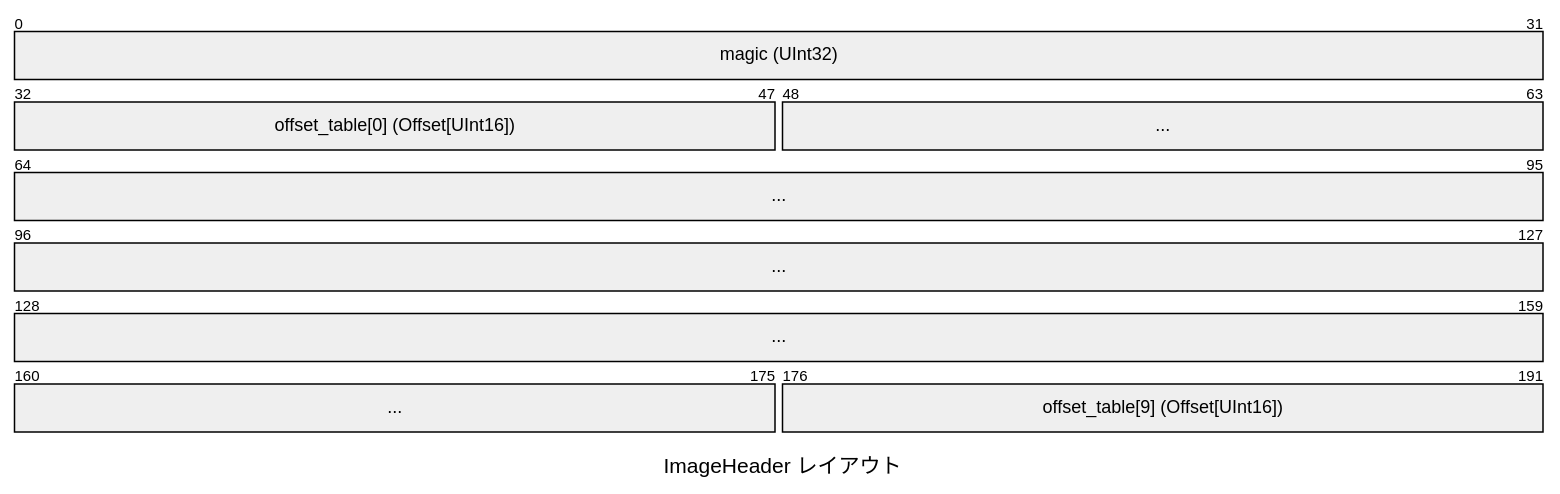
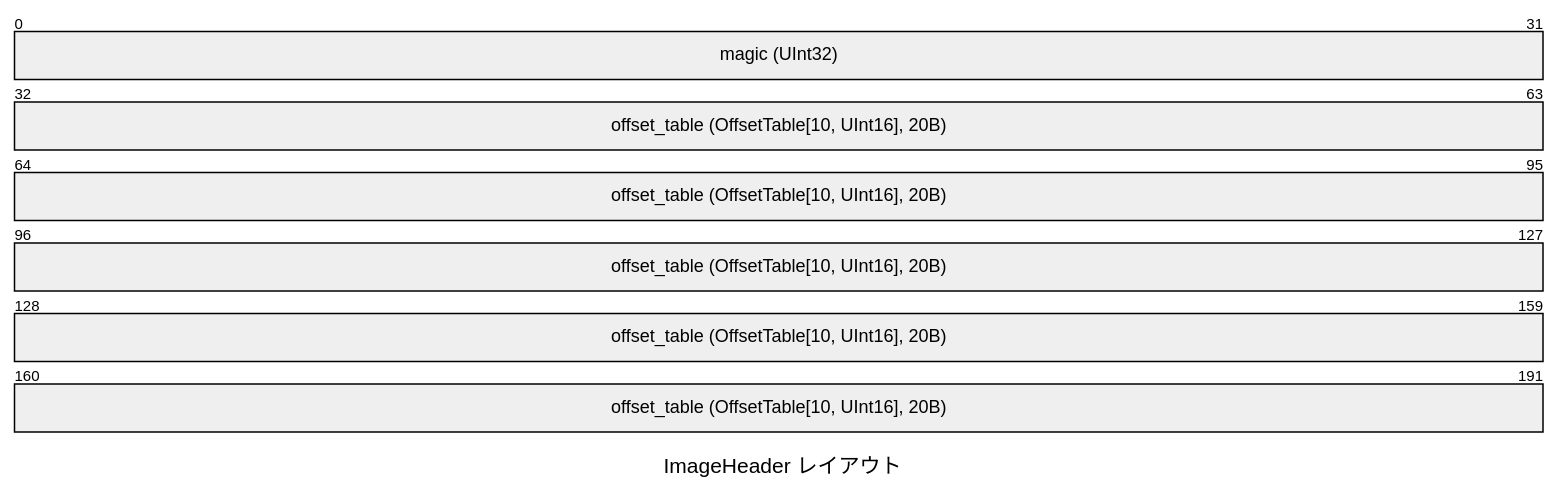
One commit to tamon-ishii/binary_master changed the third of 4 diagrams in manual.md. Above: the diagram before and after it, drawn with Mermaid. The commit also changed other lines of this file and 6 other files, not shown here.

First line of the commit message:
fix(manual): aggregate structures in diagrams and eliminate unnecessary '...' ellipses

````diff
--- a/manual.md
+++ b/manual.md
@@ -59,8 +47,6 @@
 ```mermaid
 packet-beta
 title ImageHeader レイアウト
 0-31: "magic (UInt32)"
-32-47: "offset_table[0] (Offset[UInt16])"
-48-175: "..."
-176-191: "offset_table[9] (Offset[UInt16])"
+32-191: "offset_table (OffsetTable[10, UInt16], 20B)"
 ```
````
